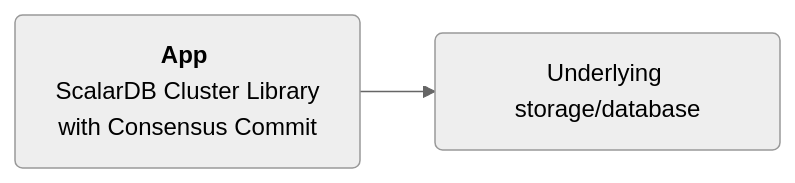
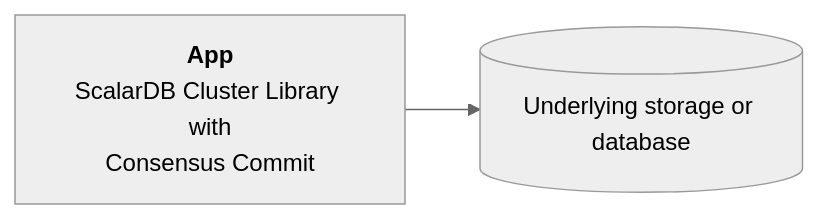
One commit to scalar-labs/scalar-kubernetes changed the second of 4 diagrams in docs/ProductionChecklistForScalarDBCluster.md. Above: the diagram before and after it, drawn with Mermaid (neutral theme). The commit also changed other lines of this file, not shown here.

````diff
--- a/docs/ProductionChecklistForScalarDBCluster.md
+++ b/docs/ProductionChecklistForScalarDBCluster.md
@@ -92,4 +97,6 @@
-  ```mermaid
-  flowchart LR
-    A(<b>App</b> <br> ScalarDB Cluster Library with Consensus Commit) --> B(Underlying storage/database)
-  ```
+```mermaid
+flowchart LR
+  app["<b>App</b><br />ScalarDB Cluster Library with<br />Consensus Commit"]
+  db[(Underlying storage or database)]
+  app --> db
+```
````
